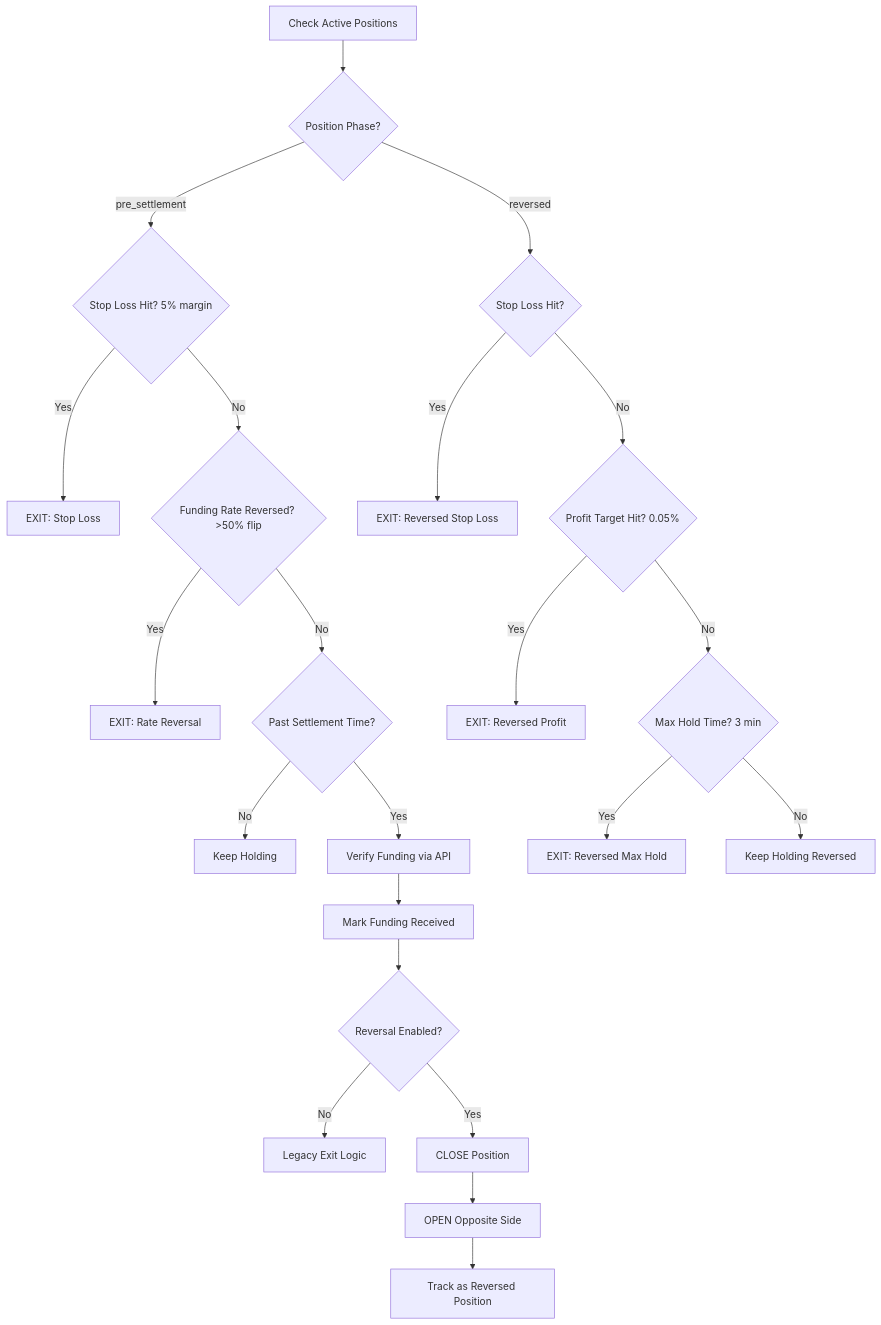
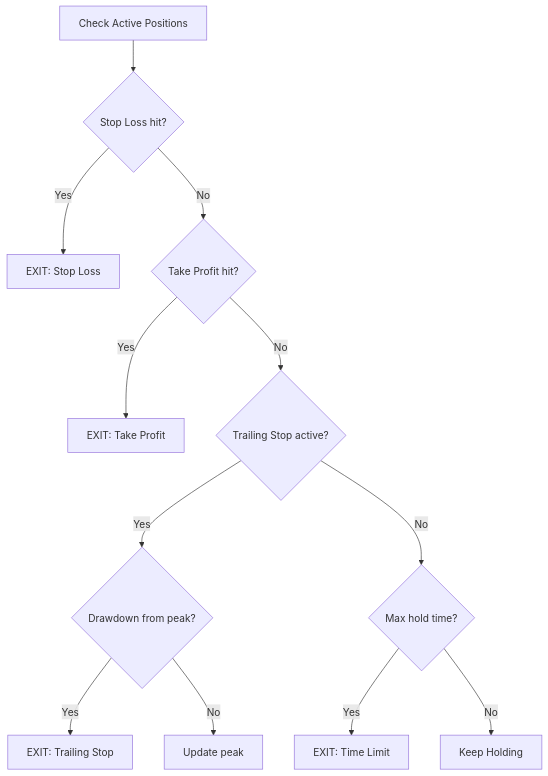
Before and after one commit to DecentralizedJM/funding-fee-farming-strategy: the second of 2 diagrams in README.md, drawn with Mermaid. The commit also changed other lines of this file and 5 other files, not shown here.

````diff
--- a/README.md
+++ b/README.md
@@ -174,26 +184,14 @@
 ```mermaid
 flowchart TD
-    A[Check Active Positions] --> B{Position Phase?}
-    B -->|pre_settlement| C{Stop Loss Hit? 5% margin}
-    B -->|reversed| R1{Stop Loss Hit?}
-    
-    C -->|Yes| D[EXIT: Stop Loss]
-    C -->|No| E{Funding Rate Reversed? >50% flip}
-    E -->|Yes| D2[EXIT: Rate Reversal]
-    E -->|No| F{Past Settlement Time?}
-    F -->|No| G[Keep Holding]
-    F -->|Yes| H[Verify Funding via API]
-    H --> I[Mark Funding Received]
-    I --> J{Reversal Enabled?}
-    J -->|No| K[Legacy Exit Logic]
-    J -->|Yes| L[CLOSE Position]
-    L --> M[OPEN Opposite Side]
-    M --> N[Track as Reversed Position]
-    
-    R1 -->|Yes| R2[EXIT: Reversed Stop Loss]
-    R1 -->|No| R3{Profit Target Hit? 0.05%}
-    R3 -->|Yes| R4[EXIT: Reversed Profit]
-    R3 -->|No| R5{Max Hold Time? 3 min}
-    R5 -->|Yes| R6[EXIT: Reversed Max Hold]
-    R5 -->|No| R7[Keep Holding Reversed]
+    A[Check Active Positions] --> B{Stop Loss hit?}
+    B -->|Yes| C[EXIT: Stop Loss]
+    B -->|No| D{Take Profit hit?}
+    D -->|Yes| E[EXIT: Take Profit]
+    D -->|No| F{Trailing Stop active?}
+    F -->|Yes| G{Drawdown from peak?}
+    G -->|Yes| H[EXIT: Trailing Stop]
+    G -->|No| I[Update peak]
+    F -->|No| J{Max hold time?}
+    J -->|Yes| K[EXIT: Time Limit]
+    J -->|No| L[Keep Holding]
 ```
````
